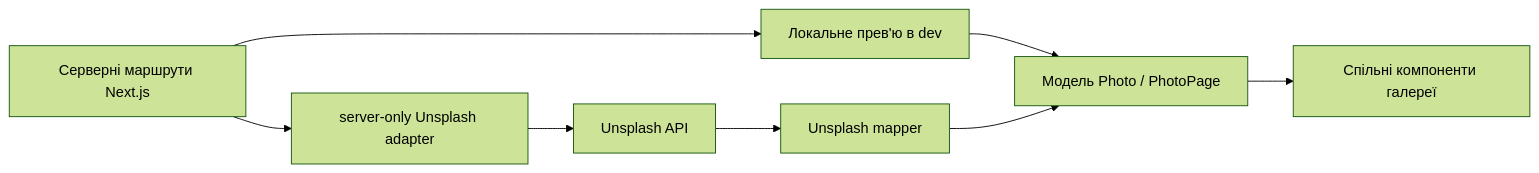
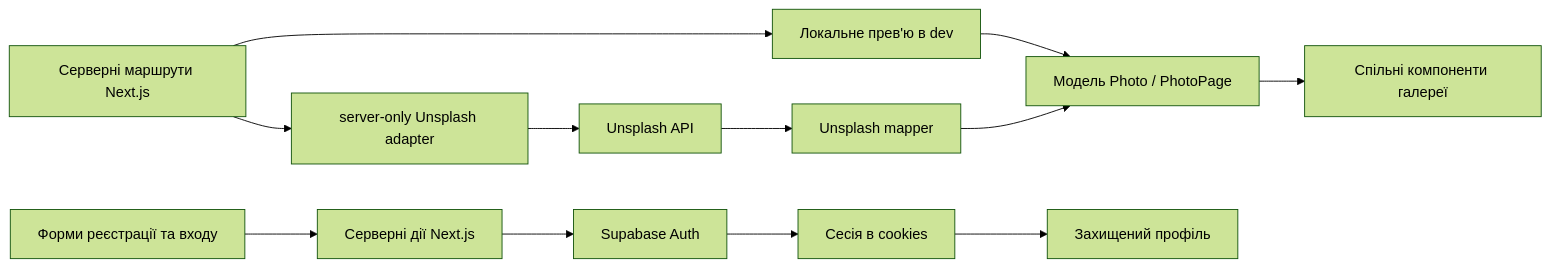
The diagram in README.md (Shur111k/test-unsplash), drawn with Mermaid (forest theme) before and after one commit. The commit also changed other lines of this file and 26 other files, not shown here.

````diff
--- a/README.md
+++ b/README.md
@@ -52,10 +63,14 @@
 ```mermaid
 flowchart LR
   UI[Серверні маршрути Next.js] --> Preview[Локальне прев'ю в dev]
   UI --> Server[server-only Unsplash adapter]
   Server --> API[Unsplash API]
   API --> Mapper[Unsplash mapper]
   Preview --> Model[Модель Photo / PhotoPage]
   Mapper --> Model
   Model --> Gallery[Спільні компоненти галереї]
+  AuthUI[Форми реєстрації та входу] --> Actions[Серверні дії Next.js]
+  Actions --> Supabase[Supabase Auth]
+  Supabase --> Session[Сесія в cookies]
+  Session --> Profile[Захищений профіль]
 ```
````
